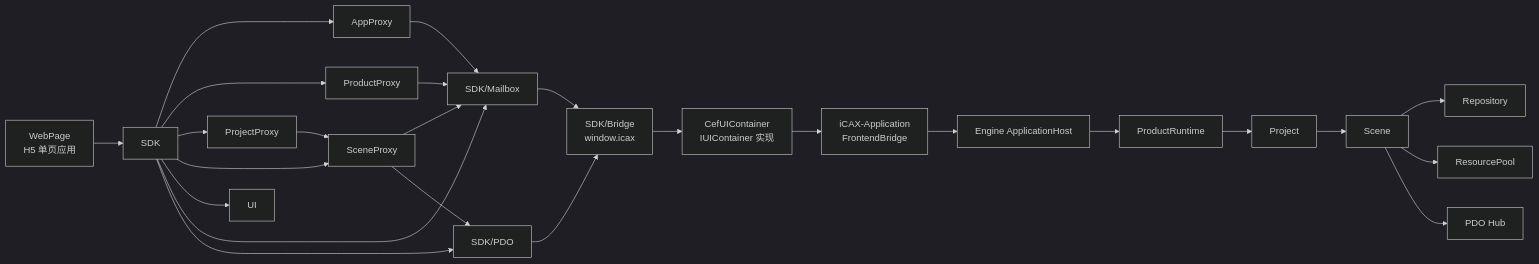
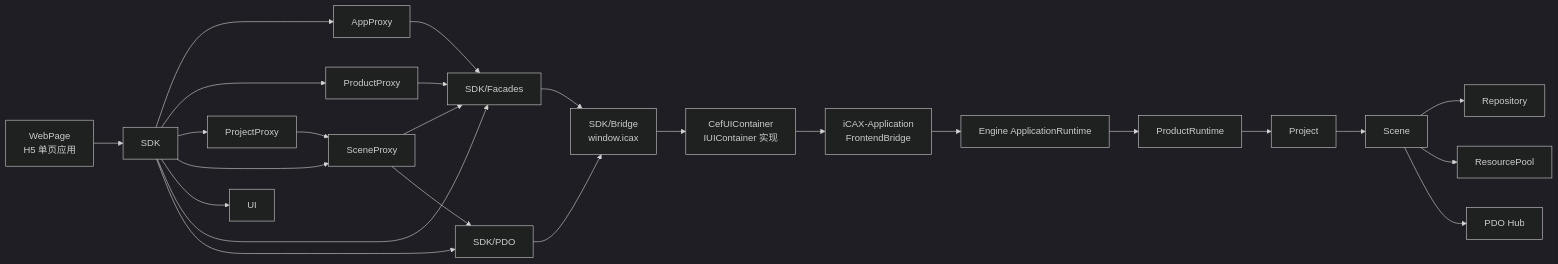
Before and after one commit to penguinchiang0609-ui/iCAX: the first of 2 diagrams in doc/iCAX-UI/iCAX-UI设计文档.md, drawn with Mermaid (dark theme). The commit also changed other lines of this file and 466 other files, not shown here.

````diff
--- a/doc/iCAX-UI/iCAX-UI设计文档.md
+++ b/doc/iCAX-UI/iCAX-UI设计文档.md
@@ -64,27 +64,27 @@
 ```mermaid
 flowchart LR
     WebPage["WebPage<br/>H5 单页应用"] --> SDK["SDK"]
     SDK --> AppProxy["AppProxy"]
     SDK --> ProductProxy["ProductProxy"]
     SDK --> ProjectProxy["ProjectProxy"]
     SDK --> SceneProxy["SceneProxy"]
     SDK --> UI["UI"]
-    SDK --> Mailbox["SDK/Mailbox"]
+    SDK --> Facades["SDK/Facades"]
     SDK --> PDOClient["SDK/PDO"]
-    AppProxy --> Mailbox
-    ProductProxy --> Mailbox
+    AppProxy --> Facades
+    ProductProxy --> Facades
     ProjectProxy --> SceneProxy
-    SceneProxy --> Mailbox
+    SceneProxy --> Facades
     SceneProxy --> PDOClient
     PDOClient --> Bridge["SDK/Bridge<br/>window.icax"]
-    Mailbox --> Bridge
+    Facades --> Bridge
     Bridge --> CefHost["CefUIContainer<br/>IUIContainer 实现"]
     CefHost --> FrontendBridge["iCAX-Application<br/>FrontendBridge"]
-    FrontendBridge --> AppHost["Engine ApplicationHost"]
+    FrontendBridge --> AppHost["Engine ApplicationRuntime"]
     AppHost --> ProductRuntime["ProductRuntime"]
     ProductRuntime --> Project["Project"]
     Project --> Scene["Scene"]
     Scene --> Repo["Repository"]
     Scene --> Resources["ResourcePool"]
     Scene --> PDO["PDO Hub"]
 ```
````
